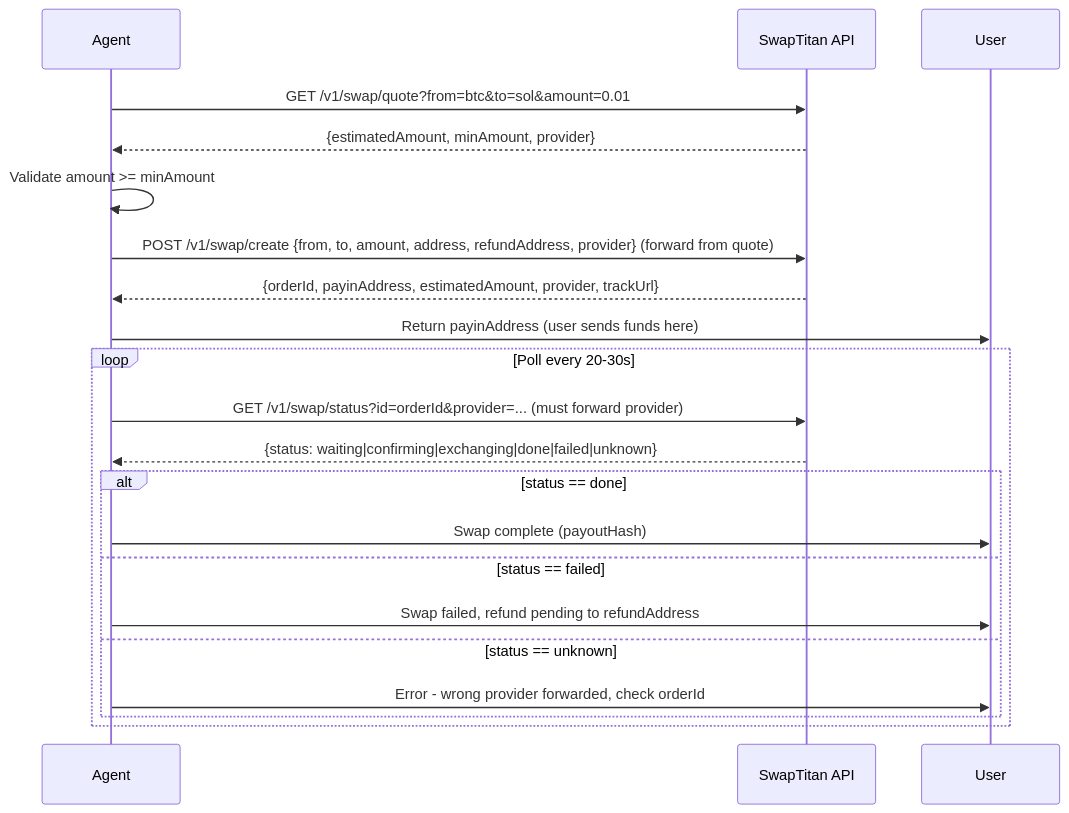
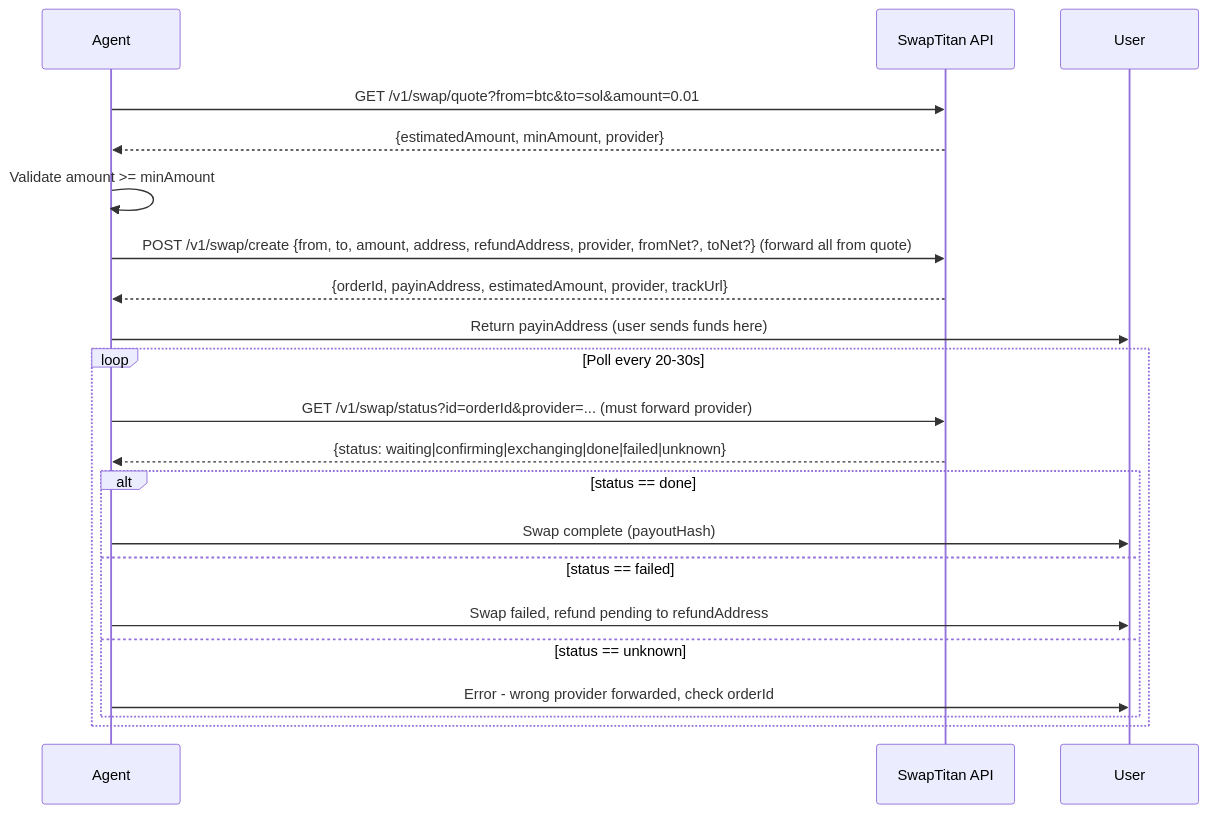
One commit to polsolbridge/pay-skills changed the diagram in providers/swaptitan/swap/PAY.md. Above: the diagram before and after it, drawn with Mermaid. The commit also changed other lines of this file, not shown here.

Commit message:
fix: forward fromNet/toNet from quote to create in diagram and step description

````diff
--- a/providers/swaptitan/swap/PAY.md
+++ b/providers/swaptitan/swap/PAY.md
@@ -47,28 +47,28 @@
 ```mermaid
 sequenceDiagram
     participant Agent
     participant SwapTitan as SwapTitan API
     participant User
 
     Agent->>SwapTitan: GET /v1/swap/quote?from=btc&to=sol&amount=0.01
     SwapTitan-->>Agent: {estimatedAmount, minAmount, provider}
 
     Agent->>Agent: Validate amount >= minAmount
 
-    Agent->>SwapTitan: POST /v1/swap/create {from, to, amount, address, refundAddress, provider} (forward from quote)
+    Agent->>SwapTitan: POST /v1/swap/create {from, to, amount, address, refundAddress, provider, fromNet?, toNet?} (forward all from quote)
     SwapTitan-->>Agent: {orderId, payinAddress, estimatedAmount, provider, trackUrl}
 
     Agent->>User: Return payinAddress (user sends funds here)
 
     loop Poll every 20-30s
         Agent->>SwapTitan: GET /v1/swap/status?id=orderId&provider=... (must forward provider)
         SwapTitan-->>Agent: {status: waiting|confirming|exchanging|done|failed|unknown}
         alt status == done
             Agent->>User: Swap complete (payoutHash)
         else status == failed
             Agent->>User: Swap failed, refund pending to refundAddress
         else status == unknown
             Agent->>User: Error - wrong provider forwarded, check orderId
         end
     end
 ```
````
